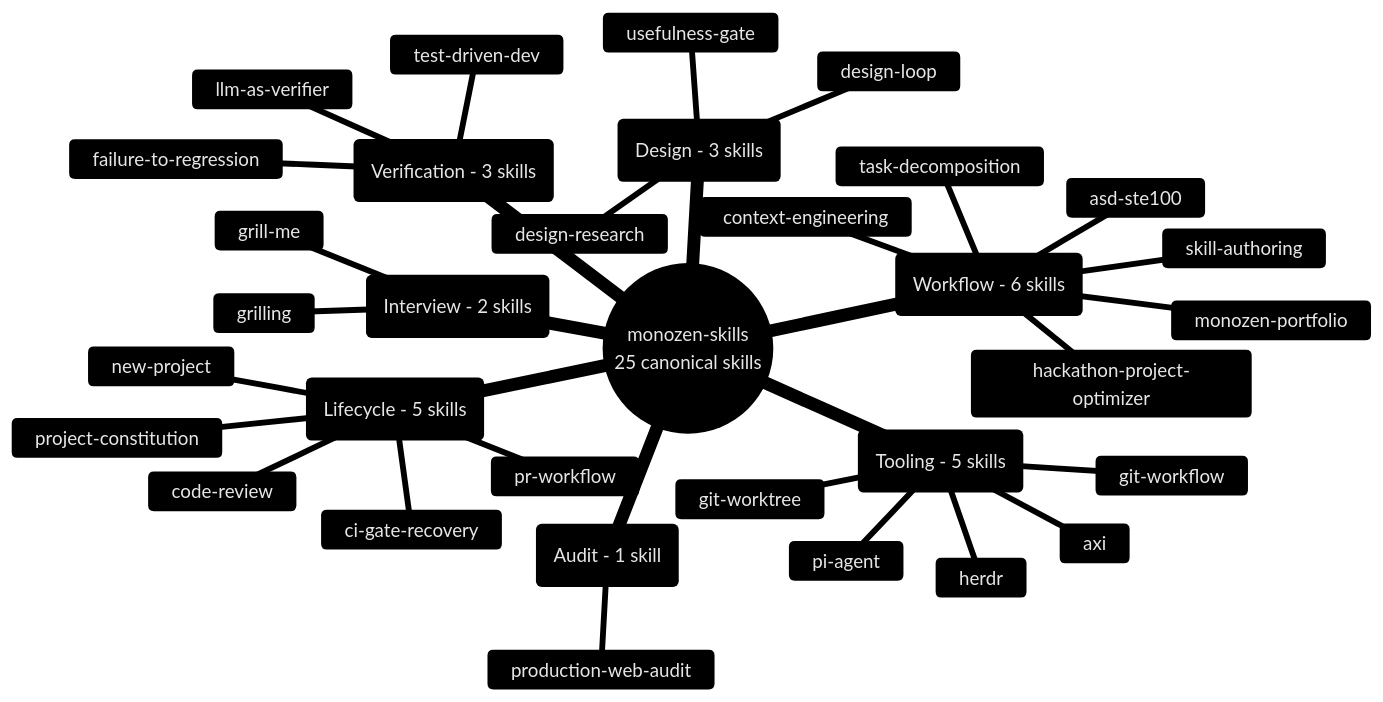
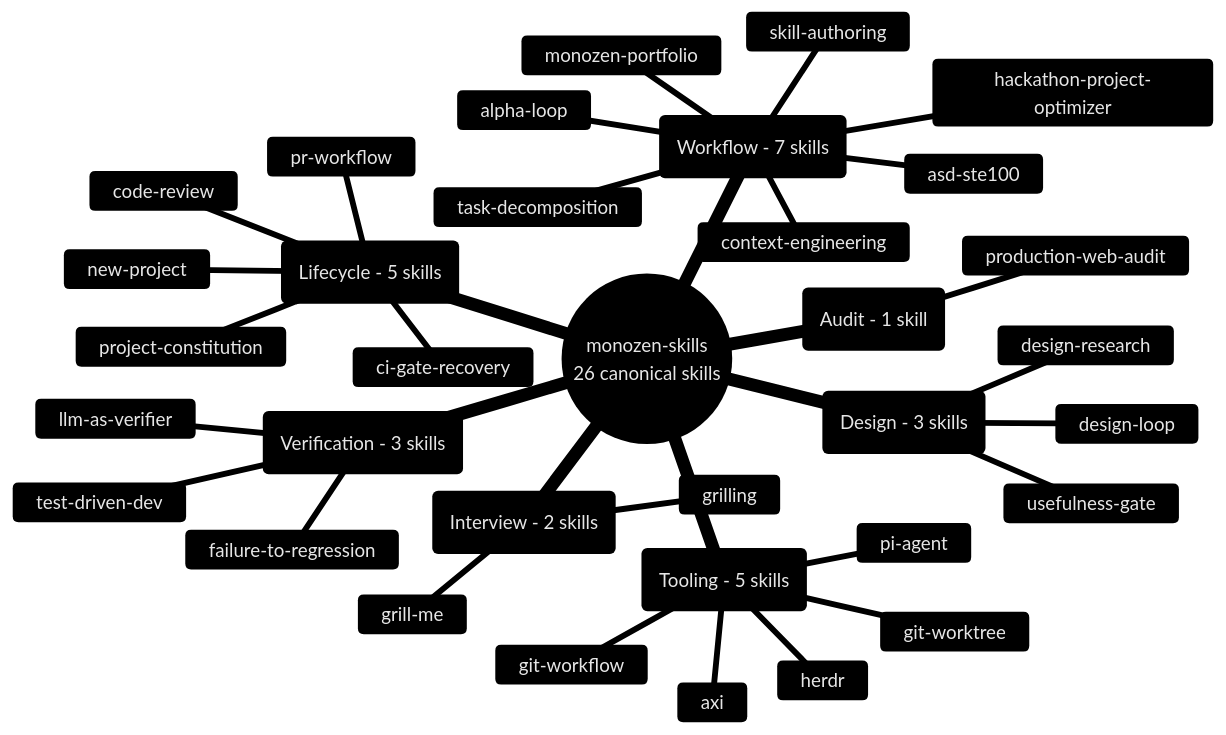
One commit to 8-BitRhyon/monozen-skills changed the diagram in assets/skill-taxonomy.mmd. Above: the diagram before and after it, drawn with Mermaid. The commit also changed 10 other files, not shown here.

First line of the commit message:
feat(skills): add alpha loop for multi-agent ideation and scoping

```diff
--- a/assets/skill-taxonomy.mmd
+++ b/assets/skill-taxonomy.mmd
@@ -1,36 +1,37 @@
 %%{init: {'theme': 'base', 'themeVariables': {'primaryColor': '#1a1a2e', 'primaryTextColor': '#e6e6e6', 'primaryBorderColor': '#8b7eff', 'lineColor': '#5a5a8a', 'secondaryColor': '#12132b', 'tertiaryColor': '#0b0c15', 'fontFamily': 'Inter, system-ui, sans-serif'}}}%%
 
 mindmap
-  root((monozen-skills<br/>25 canonical skills))
+  root((monozen-skills<br/>26 canonical skills))
     ::_(Lifecycle - 5 skills)
       new-project
       project-constitution
       code-review
       pr-workflow
       ci-gate-recovery
     ::_(Verification - 3 skills)
       test-driven-dev
       failure-to-regression
       llm-as-verifier
     ::_(Interview - 2 skills)
       grill-me
       grilling
-    ::_(Workflow - 6 skills)
+    ::_(Workflow - 7 skills)
+      alpha-loop
       asd-ste100
       hackathon-project-optimizer
       monozen-portfolio
       task-decomposition
       context-engineering
       skill-authoring
     ::_(Design - 3 skills)
       design-loop
       design-research
       usefulness-gate
     ::_(Audit - 1 skill)
       production-web-audit
     ::_(Tooling - 5 skills)
       axi
       pi-agent
       herdr
       git-worktree
       git-workflow
```
